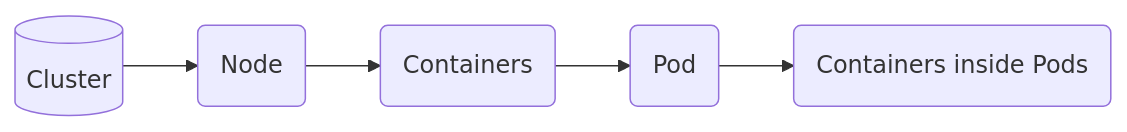
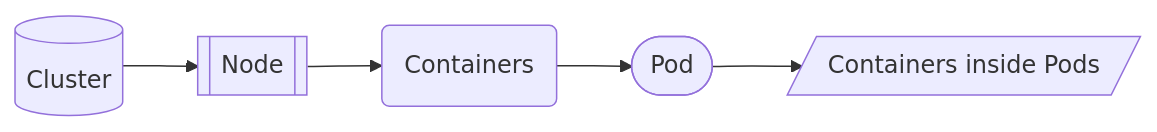
The third of 3 diagrams in 1 Associate/2. Data Collection.md (a-lalin/dynatrace-certificates), drawn with Mermaid before and after one commit. The commit also changed other lines of this file and 7 other files, not shown here.

````diff
--- a/1 Associate/2. Data Collection.md
+++ b/1 Associate/2. Data Collection.md
@@ -87,7 +92,8 @@
 ```mermaid
 flowchart LR
-	A[(Cluster)] --> B(Node)
+	A[(Cluster)] --> B[[Node]]
 	B --> C(Containers)
-	C --> D(Pod)
-	D --> E(Containers inside Pods)
+	C --> D([Pod])
+	D --> E@{ shape: lean-r, label: "Containers inside Pods" }
+	
 ```
````
